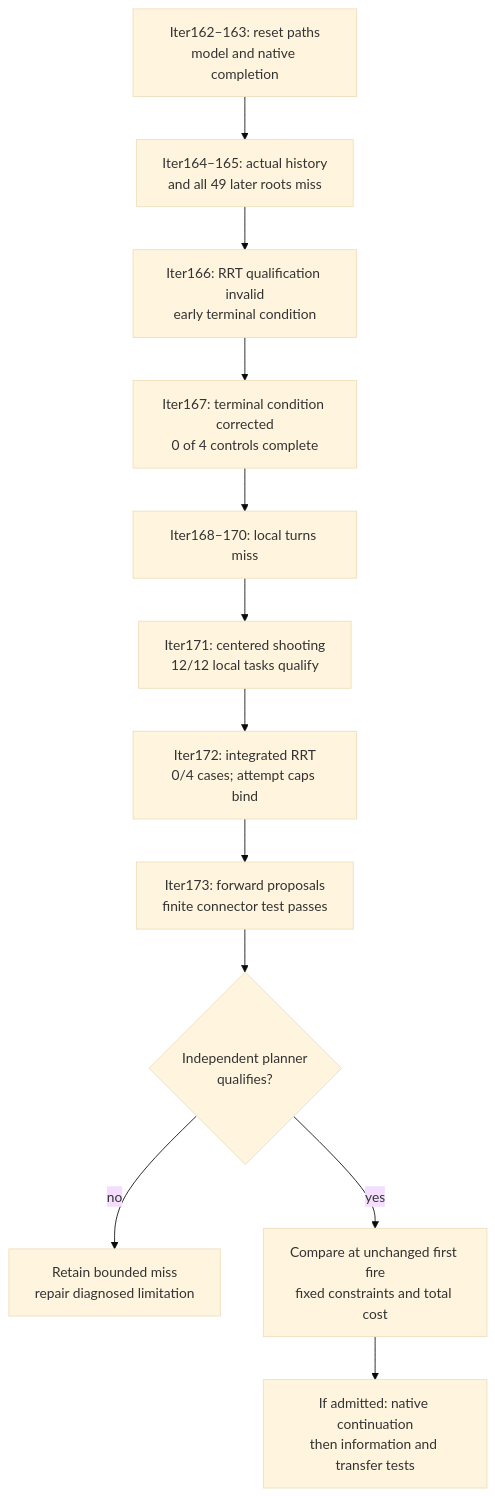
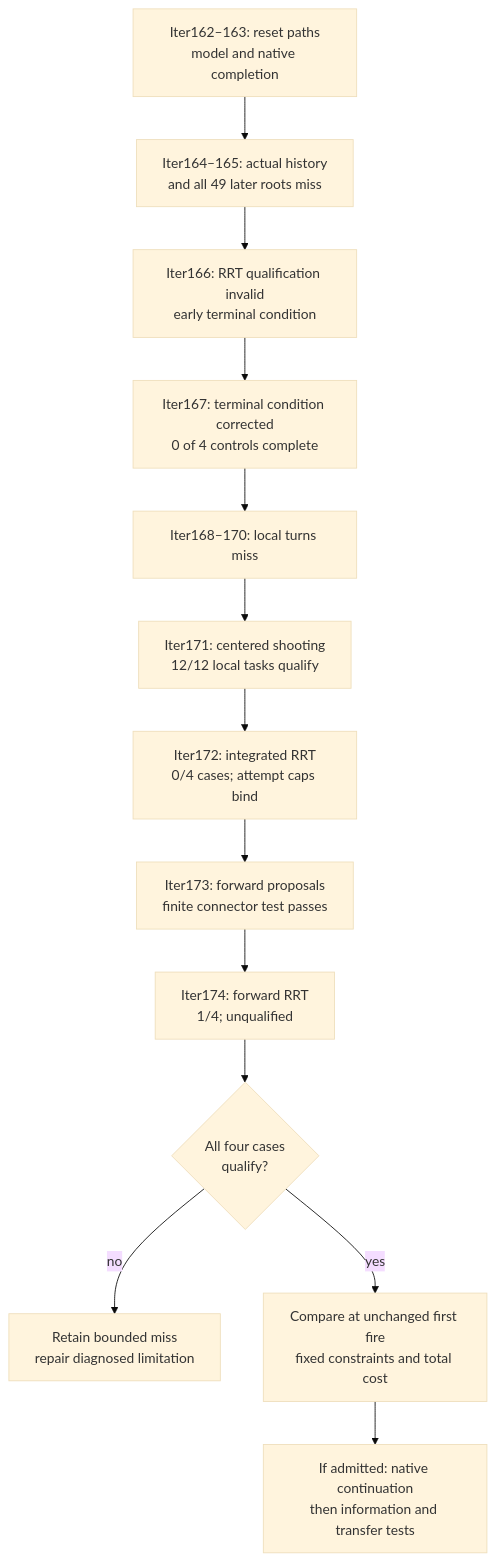
The third of 3 diagrams in README.md (manfromnowhere143/sentinel), drawn with Mermaid (base theme) before and after one commit. The commit also changed other lines of this file and 15 other files, not shown here.

````diff
--- a/README.md
+++ b/README.md
@@ -794,16 +825,17 @@
 ```mermaid
 flowchart TB
   accTitle: Separate search competence from intervention timing
   accDescr: Finite source misses and failed adapter qualification do not prove unrecoverability.
   S["Iter162–163: reset paths<br/>model and native completion"] --> B["Iter164–165: actual history<br/>and all 49 later roots miss"]
   B --> Q["Iter166: RRT qualification invalid<br/>early terminal condition"]
   Q --> C["Iter167: terminal condition corrected<br/>0 of 4 controls complete"]
   C --> D["Iter168–170: local turns miss"]
   D --> E["Iter171: centered shooting<br/>12/12 local tasks qualify"]
   E --> F["Iter172: integrated RRT<br/>0/4 cases; attempt caps bind"]
   F --> P["Iter173: forward proposals<br/>finite connector test passes"]
-  P --> A{"Independent planner<br/>qualifies?"}
+  P --> U["Iter174: forward RRT<br/>1/4; unqualified"]
+  U --> A{"All four cases<br/>qualify?"}
   A -- "no" --> N["Retain bounded miss<br/>repair diagnosed limitation"]
   A -- "yes" --> R["Compare at unchanged first fire<br/>fixed constraints and total cost"]
   R --> W["If admitted: native continuation<br/>then information and transfer tests"]
 ```
````
